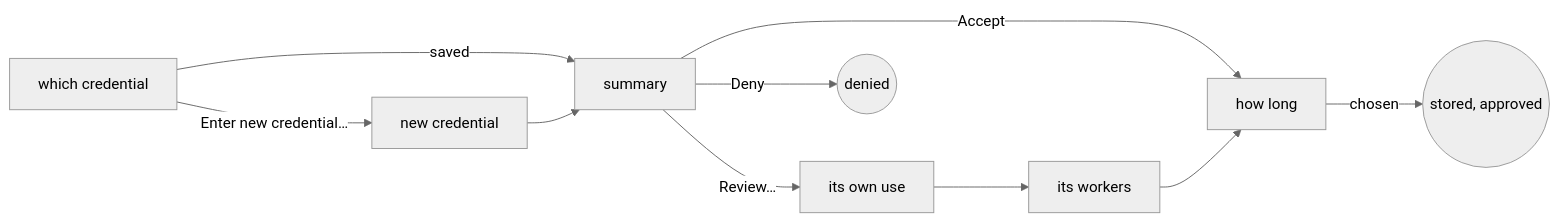
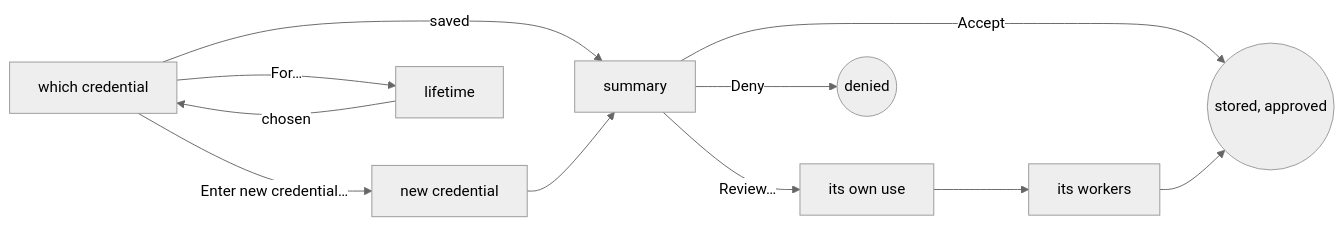
Before and after one commit to discobox-ai/discobox: the fourth of 4 diagrams in cli/internal/tui/DESIGN.md, drawn with Mermaid (neutral theme). The commit also changed other lines of this file and 4 other files, not shown here.

````diff
--- a/cli/internal/tui/DESIGN.md
+++ b/cli/internal/tui/DESIGN.md
@@ -578,9 +578,9 @@
 ```mermaid
 flowchart LR
   C[which credential] -->|saved| S[summary]
   C -->|Enter new credential…| N[new credential] --> S
-  S -->|Accept| H[how long]
-  S -->|Review…| U[its own use] --> W[its workers] --> H
+  C -->|For…| T[lifetime] -->|chosen| C
+  S -->|Accept| A((stored, approved))
+  S -->|Review…| U[its own use] --> W[its workers] --> A
   S -->|Deny| X((denied))
-  H -->|chosen| A((stored, approved))
 ```
````
